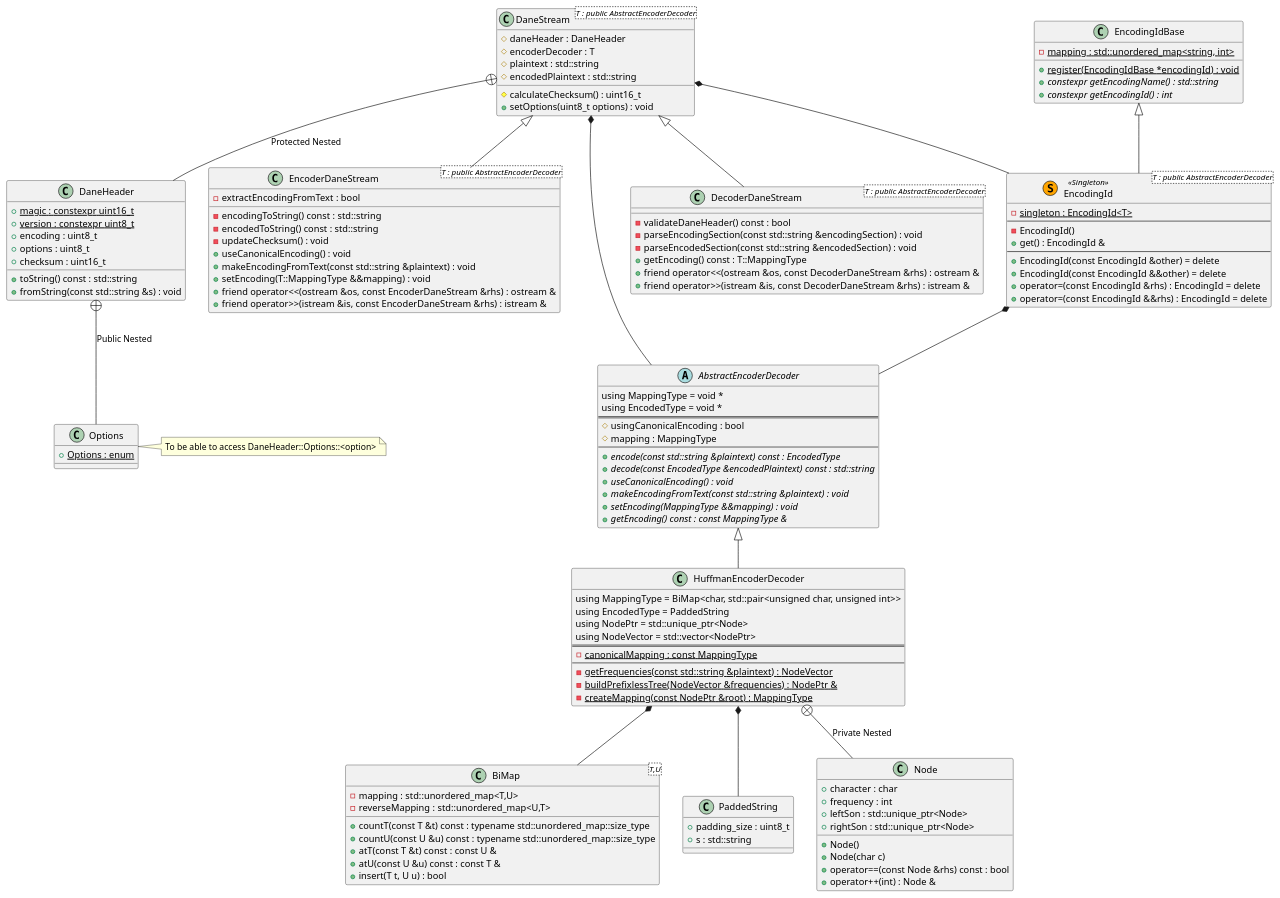
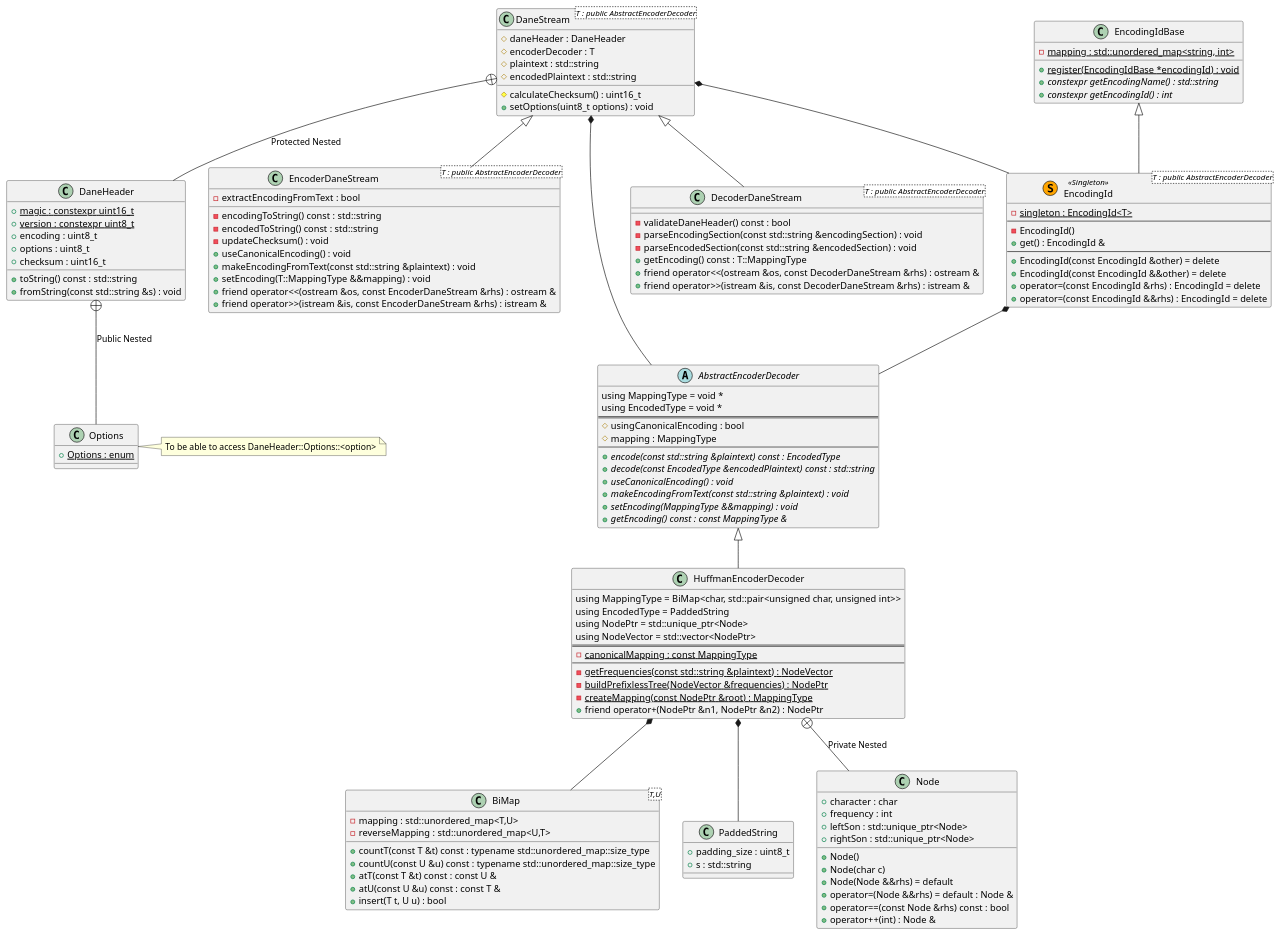
One commit to dan1994/cpp--dane changed the diagram in docs/design.puml. Above: the diagram before and after it, drawn with PlantUML. The commit also changed 3 other files, not shown here.

Commit message:
Implemented the buildPrefixlessTree function

```diff
--- a/docs/design.puml
+++ b/docs/design.puml
@@ -1,132 +1,135 @@
 @startuml dane
 class BiMap<T,U> {
 	- {field}	mapping : std::unordered_map<T,U>
 	- {field}	reverseMapping : std::unordered_map<U,T>
 	+ {method}	countT(const T &t) const : typename std::unordered_map::size_type
 	+ {method}	countU(const U &u) const : typename std::unordered_map::size_type
 	+ {method}	atT(const T &t) const : const U &
 	+ {method}	atU(const U &u) const : const T &
 	+ {method}	insert(T t, U u) : bool
 }
 
 class PaddedString {
 	+ {field}	padding_size : uint8_t
 	+ {field}	s : std::string
 }
 
 abstract class AbstractEncoderDecoder {
 	using MappingType = void *
 	using EncodedType = void *
 	==
 	# {field}	usingCanonicalEncoding : bool
 	# {field}	mapping : MappingType
 	--
 	+ {method}	{abstract} encode(const std::string &plaintext) const : EncodedType
 	+ {method}	{abstract} decode(const EncodedType &encodedPlaintext) const : std::string
 	+ {method}	{abstract} useCanonicalEncoding() : void
 	+ {method}	{abstract} makeEncodingFromText(const std::string &plaintext) : void
 	+ {method}	{abstract} setEncoding(MappingType &&mapping) : void
 	+ {method}	{abstract} getEncoding() const : const MappingType &
 }
 
 AbstractEncoderDecoder <|-- HuffmanEncoderDecoder
 HuffmanEncoderDecoder *-- BiMap
 HuffmanEncoderDecoder *-- PaddedString
 HuffmanEncoderDecoder +-- Node : "Private Nested"
 class HuffmanEncoderDecoder {
 	using MappingType = BiMap<char, std::pair<unsigned char, unsigned int>>
 	using EncodedType = PaddedString
 	using NodePtr = std::unique_ptr<Node>
 	using NodeVector = std::vector<NodePtr>
 	==
 	- {field}	{static} canonicalMapping : const MappingType
 	--
 	- {method}	{static} getFrequencies(const std::string &plaintext) : NodeVector
-	- {method}	{static} buildPrefixlessTree(NodeVector &frequencies) : NodePtr &
+	- {method}	{static} buildPrefixlessTree(NodeVector &frequencies) : NodePtr
 	- {method}	{static} createMapping(const NodePtr &root) : MappingType
+	+ {method}	friend operator+(NodePtr &n1, NodePtr &n2) : NodePtr
 }
 
 class Node {
 	+ {field}	character : char
 	+ {field}	frequency : int
 	+ {field}	leftSon : std::unique_ptr<Node>
 	+ {field}	rightSon : std::unique_ptr<Node>
 	+ {method}	Node()
 	+ {method}	Node(char c)
+	+ {method}	Node(Node &&rhs) = default
+	+ {method}	operator=(Node &&rhs) = default : Node &
 	+ {method}	operator==(const Node &rhs) const : bool
 	+ {method}	operator++(int) : Node &
 }
 
 DaneStream +-- DaneHeader : Protected Nested
 class DaneHeader {
 	+ {field}	{static} magic : constexpr uint16_t
 	+ {field}	{static} version : constexpr uint8_t
 	+ {field}	encoding : uint8_t
 	+ {field}	options : uint8_t
 	+ {field}	checksum : uint16_t
 	+ {method}	toString() const : std::string
 	+ {method}	fromString(const std::string &s) : void
 }
 
 DaneHeader +-- Options : Public Nested
 note right of Options : To be able to access DaneHeader::Options::<option>
 class Options {
 	+ {field}	{static} Options : enum
 }
 
 DaneStream *-- AbstractEncoderDecoder
 DaneStream *-- EncodingId
 class DaneStream<T : public AbstractEncoderDecoder> {
 	# {field}	daneHeader : DaneHeader
 	# {field}	encoderDecoder : T
 	# {field}	plaintext : std::string
 	# {field}	encodedPlaintext : std::string
 	# {method}	calculateChecksum() : uint16_t
 	+ {method}	setOptions(uint8_t options) : void
 }
 
 DaneStream <|-- EncoderDaneStream
 class EncoderDaneStream<T : public AbstractEncoderDecoder> {
 	- {field}	extractEncodingFromText : bool
 	- {method}	encodingToString() const : std::string
 	- {method}	encodedToString() const : std::string
 	- {method}	updateChecksum() : void
 	+ {method}	useCanonicalEncoding() : void
 	+ {method}	makeEncodingFromText(const std::string &plaintext) : void
 	+ {method}	setEncoding(T::MappingType &&mapping) : void
 	+ {method}	friend operator<<(ostream &os, const EncoderDaneStream &rhs) : ostream &
 	+ {method}	friend operator>>(istream &is, const EncoderDaneStream &rhs) : istream &
 }
 
 DaneStream <|-- DecoderDaneStream
 class DecoderDaneStream<T : public AbstractEncoderDecoder> {
 	- {method}	validateDaneHeader() const : bool
 	- {method}	parseEncodingSection(const std::string &encodingSection) : void
 	- {method}	parseEncodedSection(const std::string &encodedSection) : void
 	+ {method}	getEncoding() const : T::MappingType
 	+ {method}	friend operator<<(ostream &os, const DecoderDaneStream &rhs) : ostream &
 	+ {method}	friend operator>>(istream &is, const DecoderDaneStream &rhs) : istream &
 }
 
 class EncodingIdBase {
 	- {field}	{static} mapping : std::unordered_map<string, int>
 	+ {method}	{static} register(EncodingIdBase *encodingId) : void
 	+ {method}	{abstract} constexpr getEncodingName() : std::string
 	+ {method}	{abstract} constexpr getEncodingId() : int
 }
 
 EncodingIdBase <|-- EncodingId
 EncodingId *-- AbstractEncoderDecoder
 class EncodingId<T : public AbstractEncoderDecoder> << (S,Orange) Singleton >> {
 	- {field}	{static} singleton : EncodingId<T>
 	--
 	- {method}	EncodingId()
 	+ {method}	get() : EncodingId &
 	--
 	+ {method}	EncodingId(const EncodingId &other) = delete
 	+ {method}	EncodingId(const EncodingId &&other) = delete
 	+ {method}	operator=(const EncodingId &rhs) : EncodingId = delete
 	+ {method}	operator=(const EncodingId &&rhs) : EncodingId = delete
 }
 
 @enduml
```
